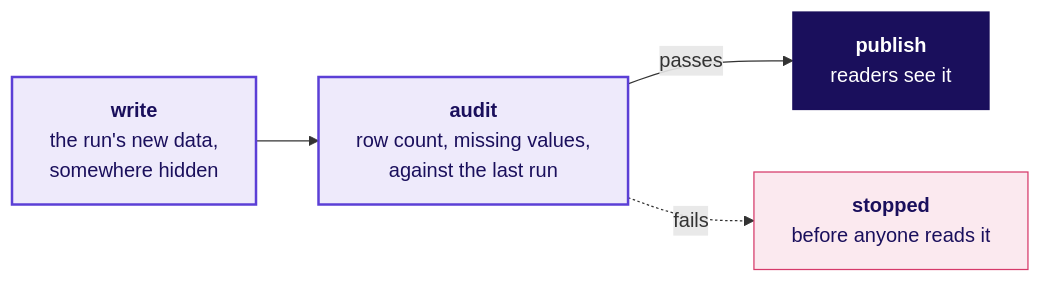
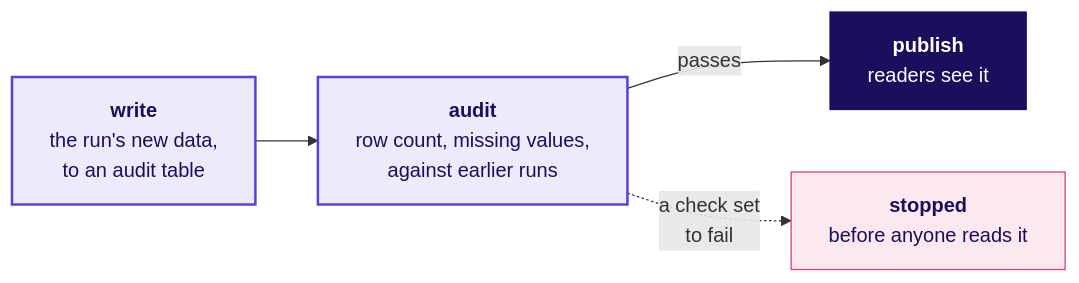
Before and after one commit to fde-academy-lab/c2-content-factory: the first of 8 diagrams in content/W02/D1/slides/C2_W02_D01_half2_STUDENT.md, drawn with Mermaid. The commit also changed other lines of this file and 7 other files, not shown here.

````diff
--- a/content/W02/D1/slides/C2_W02_D01_half2_STUDENT.md
+++ b/content/W02/D1/slides/C2_W02_D01_half2_STUDENT.md
@@ -89,12 +89,12 @@
 ```mermaid
 flowchart LR
-    W["<b>write</b><br/>the run's new data,<br/>somewhere hidden"] --> A["<b>audit</b><br/>row count, missing values,<br/>against the last run"]
+    W["<b>write</b><br/>the run's new data,<br/>to an audit table"] --> A["<b>audit</b><br/>row count, missing values,<br/>against earlier runs"]
     A -->|"passes"| P["<b>publish</b><br/>readers see it"]
-    A -.->|"fails"| S["<b>stopped</b><br/>before anyone reads it"]
+    A -.->|"a check set<br/>to fail"| S["<b>stopped</b><br/>before anyone reads it"]
     classDef known fill:#EEEAFB,stroke:#5B3FD6,color:#1A0F5C,stroke-width:2px
     classDef bad fill:#FBE9EF,stroke:#D63A6A,color:#1A0F5C
     classDef bet fill:#1A0F5C,stroke:#1A0F5C,color:#FFFFFF
     class W,A known
     class P bet
     class S bad
 ```
````
